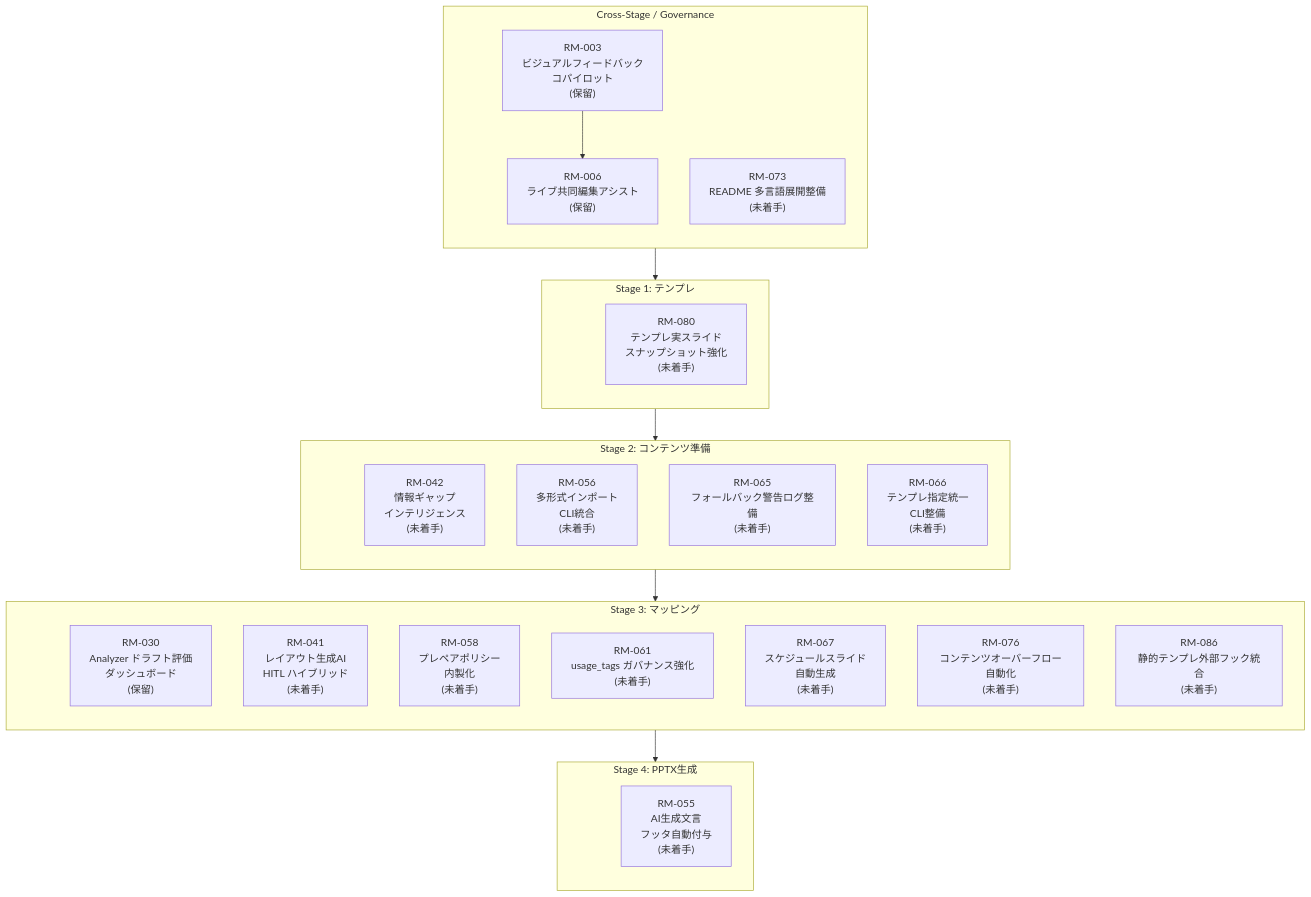
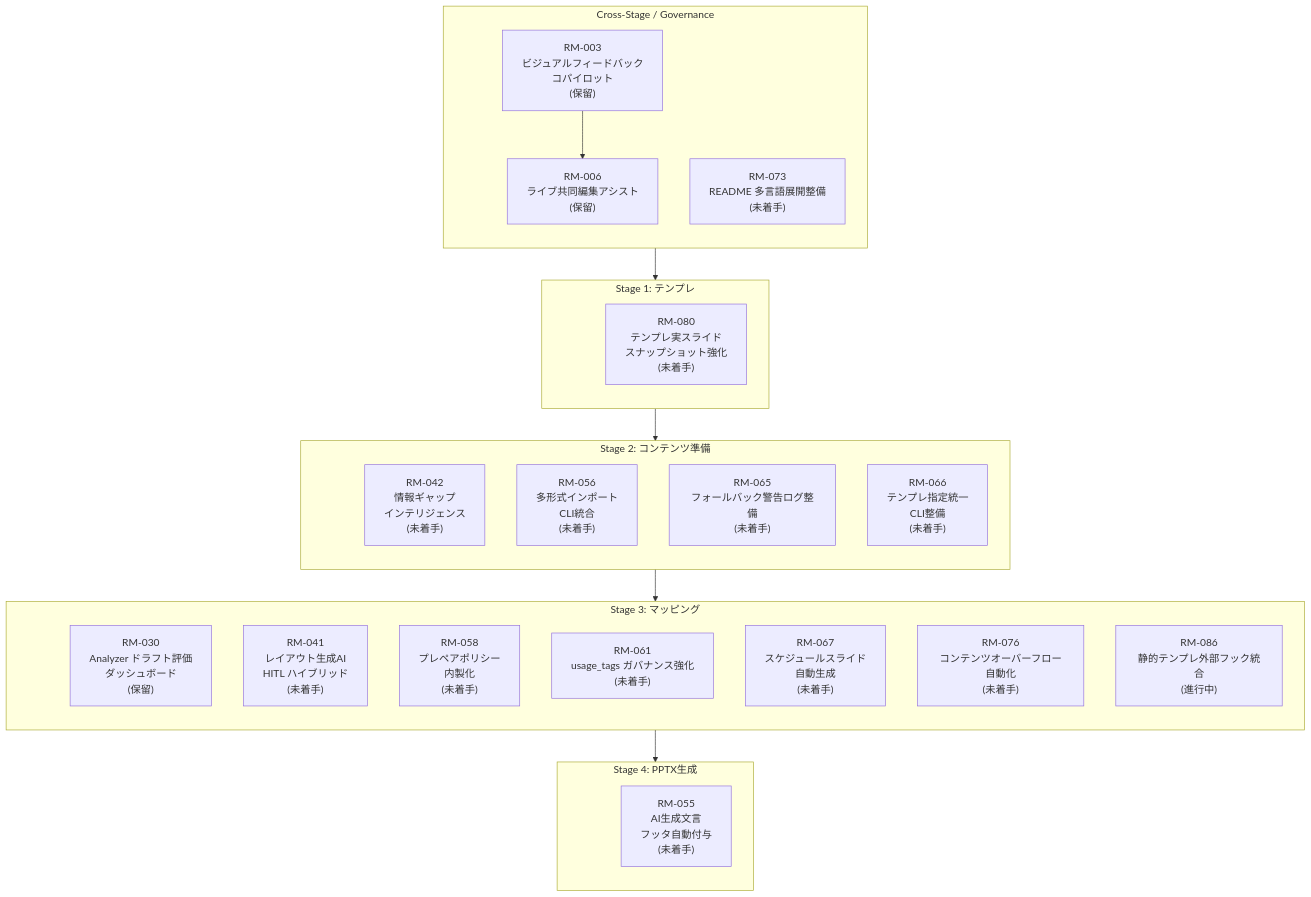
Before and after one commit to yurake/pptx_generator: the diagram in docs/roadmap/roadmap.md, drawn with Mermaid. The commit also changed other lines of this file and 5 other files, not shown here.

````diff
--- a/docs/roadmap/roadmap.md
+++ b/docs/roadmap/roadmap.md
@@ -25,53 +25,53 @@
 ```mermaid
 flowchart TB
     subgraph GOV["Cross-Stage / Governance"]
         direction TB
         GOV_ANCHOR(( ))
         RM003["RM-003<br/>ビジュアルフィードバック<br/>コパイロット<br/>(保留)"]
         RM006["RM-006<br/>ライブ共同編集アシスト<br/>(保留)"]
         RM073["RM-073<br/>README 多言語展開整備<br/>(未着手)"]
     end
 
     subgraph ST1["Stage 1: テンプレ"]
         direction TB
         ST1_ANCHOR(( ))
         RM080["RM-080<br/>テンプレ実スライド<br/>スナップショット強化<br/>(未着手)"]
     end
 
     subgraph ST2["Stage 2: コンテンツ準備"]
         direction TB
         ST2_ANCHOR(( ))
         RM042["RM-042<br/>情報ギャップ<br/>インテリジェンス<br/>(未着手)"]
         RM056["RM-056<br/>多形式インポート<br/>CLI統合<br/>(未着手)"]
         RM065["RM-065<br/>フォールバック警告ログ整備<br/>(未着手)"]
         RM066["RM-066<br/>テンプレ指定統一<br/>CLI整備<br/>(未着手)"]
     end
 
     subgraph ST3["Stage 3: マッピング"]
         direction TB
         ST3_ANCHOR(( ))
         RM030["RM-030<br/>Analyzer ドラフト評価<br/>ダッシュボード<br/>(保留)"]
         RM041["RM-041<br/>レイアウト生成AI<br/>HITL ハイブリッド<br/>(未着手)"]
         RM058["RM-058<br/>プレペアポリシー<br/>内製化<br/>(未着手)"]
         RM061["RM-061<br/>usage_tags ガバナンス強化<br/>(未着手)"]
         RM067["RM-067<br/>スケジュールスライド<br/>自動生成<br/>(未着手)"]
         RM076["RM-076<br/>コンテンツオーバーフロー自動化<br/>(未着手)"]
-        RM086["RM-086<br/>静的テンプレ外部フック統合<br/>(未着手)"]
+        RM086["RM-086<br/>静的テンプレ外部フック統合<br/>(進行中)"]
     end
 
     subgraph ST4["Stage 4: PPTX生成"]
         direction TB
         ST4_ANCHOR(( ))
         RM055["RM-055<br/>AI生成文言<br/>フッタ自動付与<br/>(未着手)"]
     end
 
     style GOV_ANCHOR fill:transparent,stroke:transparent
     style ST1_ANCHOR fill:transparent,stroke:transparent
     style ST2_ANCHOR fill:transparent,stroke:transparent
     style ST3_ANCHOR fill:transparent,stroke:transparent
     style ST4_ANCHOR fill:transparent,stroke:transparent
 
     GOV_ANCHOR --> ST1_ANCHOR --> ST2_ANCHOR --> ST3_ANCHOR --> ST4_ANCHOR
 
     RM003 --> RM006
 ```
````
